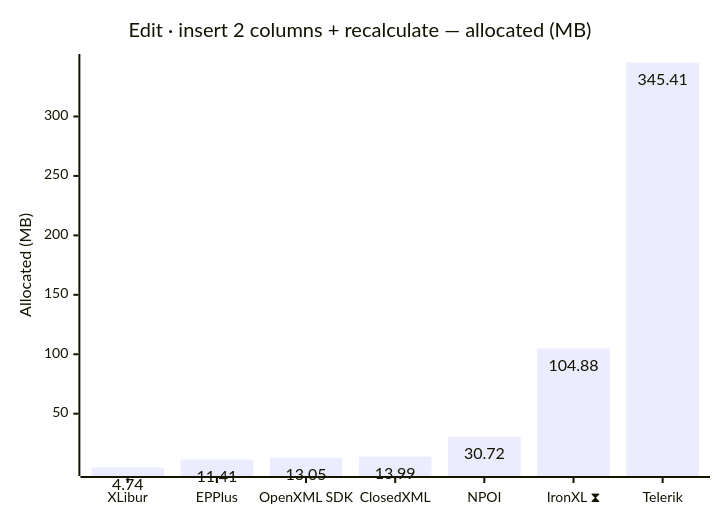
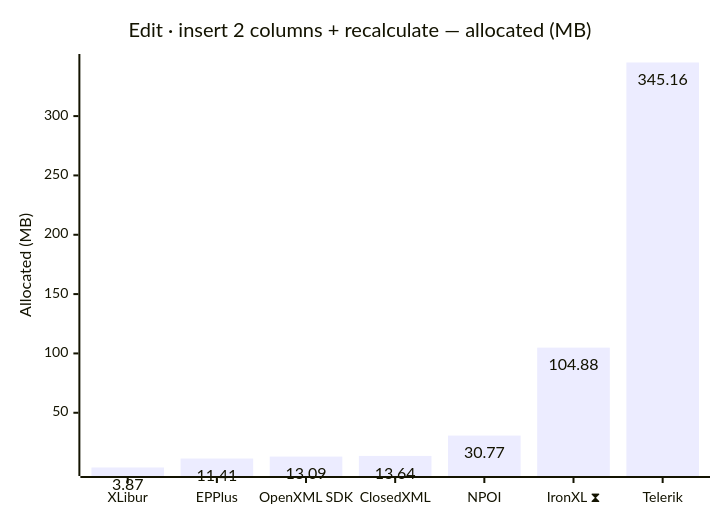
Before and after one commit to jafin/XLBench: diagram 12 of 12 in docs/results.md, drawn with Mermaid. The commit also changed other lines of this file and 2 other files, not shown here.

````diff
--- a/docs/results.md
+++ b/docs/results.md
@@ -183,12 +183,12 @@
 ```mermaid
 ---
 config:
   xyChart:
     showDataLabel: true
 ---
 xychart-beta
     title "Edit · insert 2 columns + recalculate — allocated (MB)"
     x-axis ["XLibur", "EPPlus", "OpenXML SDK", "ClosedXML", "NPOI", "IronXL ⧗", "Telerik"]
     y-axis "Allocated (MB)"
-    bar [4.74, 11.41, 13.05, 13.99, 30.72, 104.88, 345.41]
+    bar [3.87, 11.41, 13.09, 13.64, 30.77, 104.88, 345.16]
 ```
````
